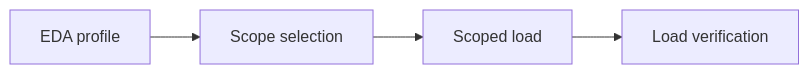
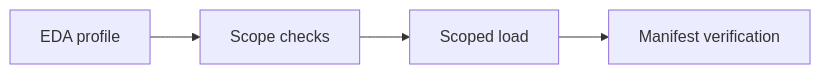
The diagram in app/business-api/data/README.md (cristofima/factored-hackathon-2026-cristopher-coronado), drawn with Mermaid before and after one commit. The commit also changed other lines of this file, not shown here.

First line of the commit message:
docs(data): align module guide with schema and ingestion behavior

````diff
--- a/app/business-api/data/README.md
+++ b/app/business-api/data/README.md
@@ -171,6 +80,6 @@
 ```mermaid
 flowchart LR
-	A[EDA profile] --> B[Scope selection]
-	B --> C[Scoped load]
-	C --> D[Load verification]
+    A[EDA profile] --> B[Scope checks]
+    B --> C[Scoped load]
+    C --> D[Manifest verification]
 ```
````
